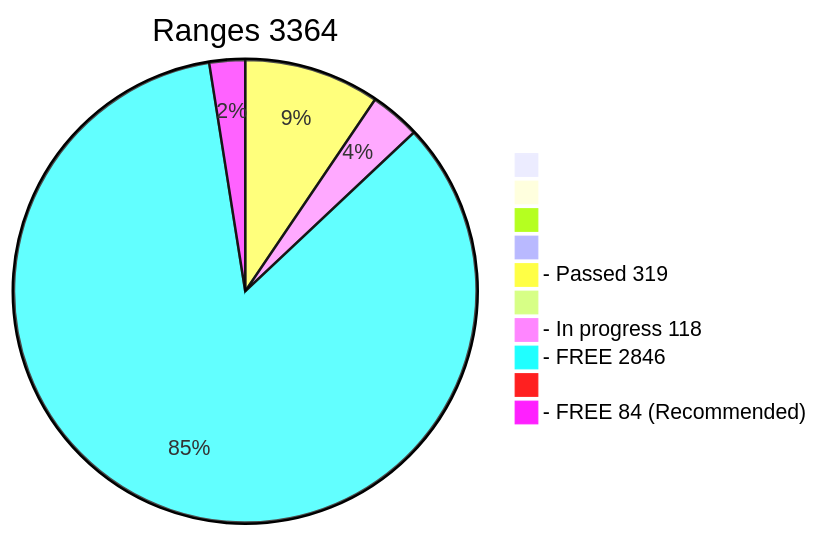
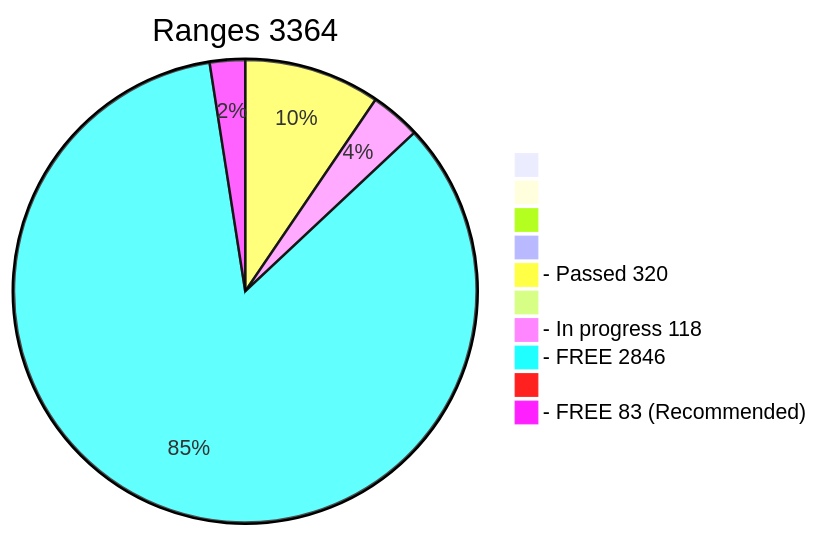
One commit to phrutis/wif500 changed the diagram in x64/Release/table.md. Above: the diagram before and after it, drawn with Mermaid. The commit also changed other lines of this file, not shown here.

````diff
--- a/x64/Release/table.md
+++ b/x64/Release/table.md
@@ -2,13 +2,13 @@
 ```mermaid
 pie title Ranges 3364
   " " : 0
   "  " : 0
   "   " : 0
   "    " : 0
-  "- Passed 319" : 319
+  "- Passed 320" : 320
   "     " : 0
   "- In progress 118" : 118
   "- FREE 2846" : 2846
   "      " : 0
-  "- FREE 84 (Recommended)" : 84
+  "- FREE 83 (Recommended)" : 83
 ```
````
